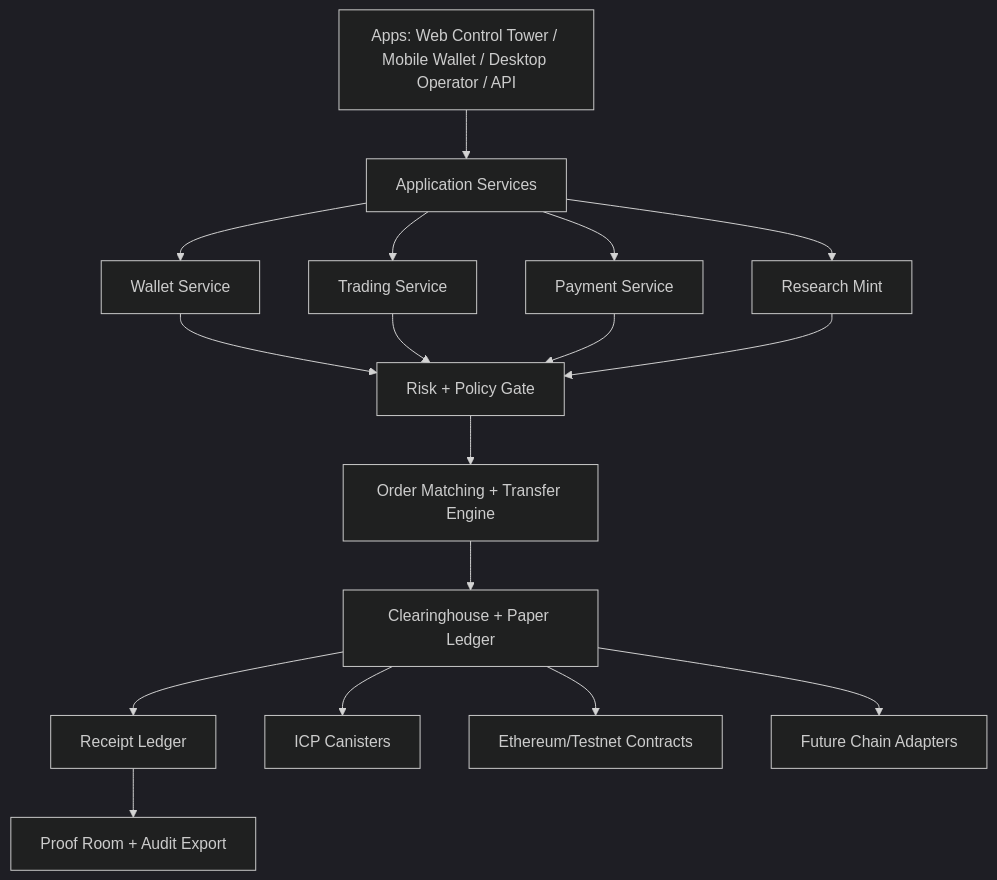
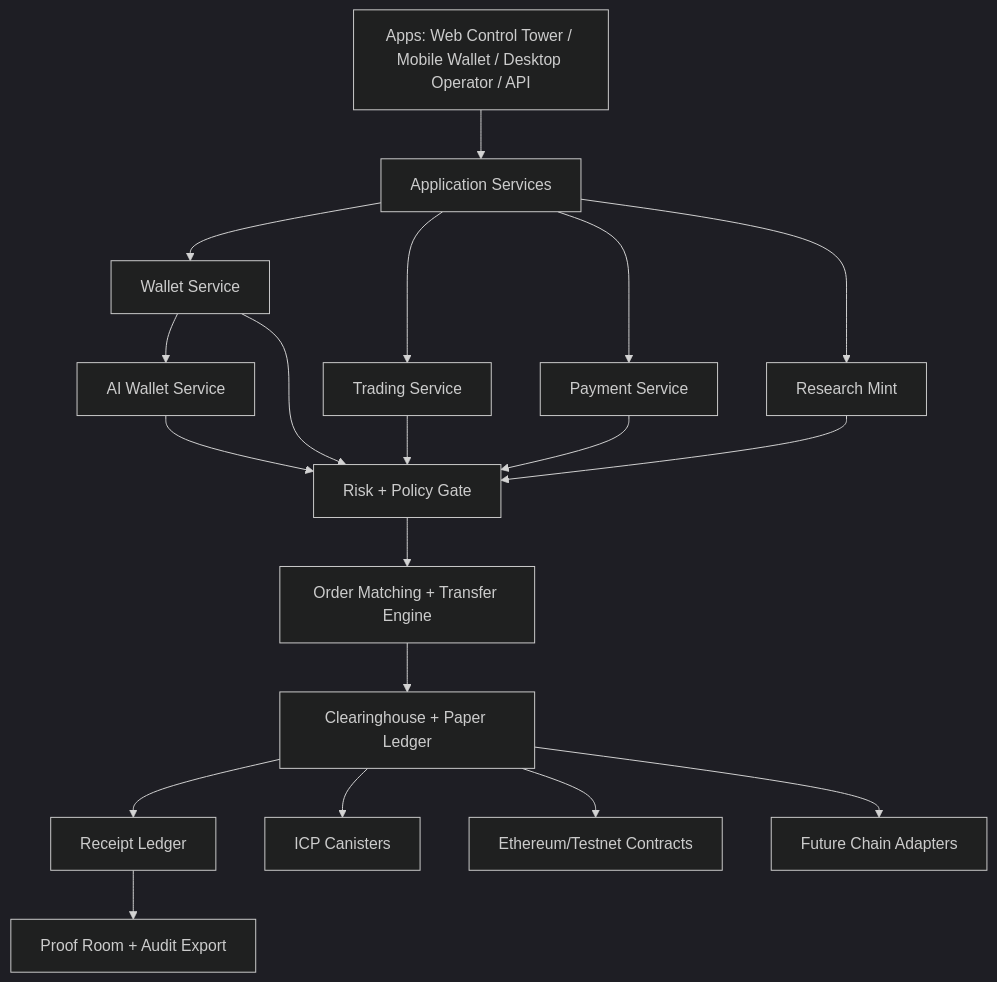
Before and after one commit to ItsNotAILABS/PARALLAX-Exchange-Clearinghouse: the diagram in README.md, drawn with Mermaid (dark theme). The commit also changed other lines of this file, not shown here.

Commit message:
Document AI wallet alpha package in README

````diff
--- a/README.md
+++ b/README.md
@@ -74,19 +106,21 @@
 ```mermaid
 flowchart TD
     A[Apps: Web Control Tower / Mobile Wallet / Desktop Operator / API] --> B[Application Services]
     B --> C[Wallet Service]
+    C --> C2[AI Wallet Service]
     B --> D[Trading Service]
     B --> E[Payment Service]
     B --> F[Research Mint]
-    C --> G[Risk + Policy Gate]
+    C2 --> G[Risk + Policy Gate]
+    C --> G
     D --> G
     E --> G
     F --> G
     G --> H[Order Matching + Transfer Engine]
     H --> I[Clearinghouse + Paper Ledger]
     I --> J[Receipt Ledger]
     J --> K[Proof Room + Audit Export]
     I --> L[ICP Canisters]
     I --> M[Ethereum/Testnet Contracts]
     I --> N[Future Chain Adapters]
 ```
````
